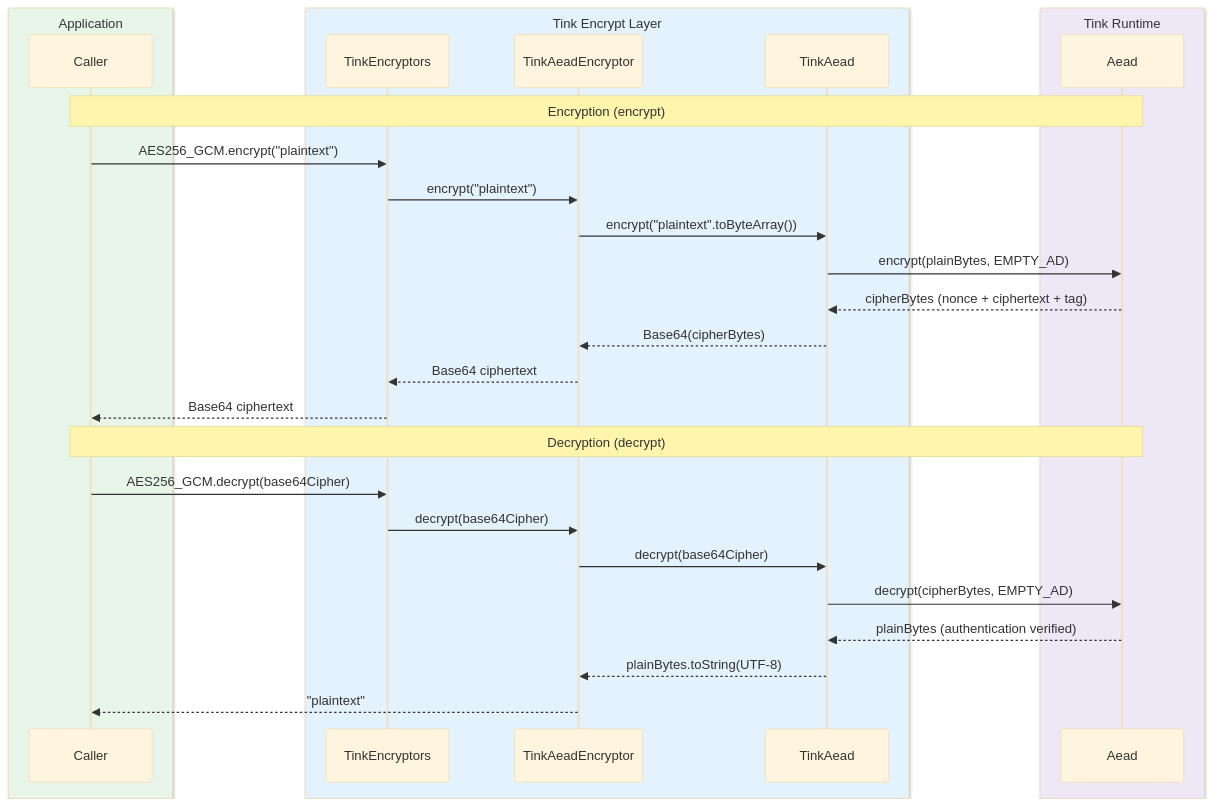
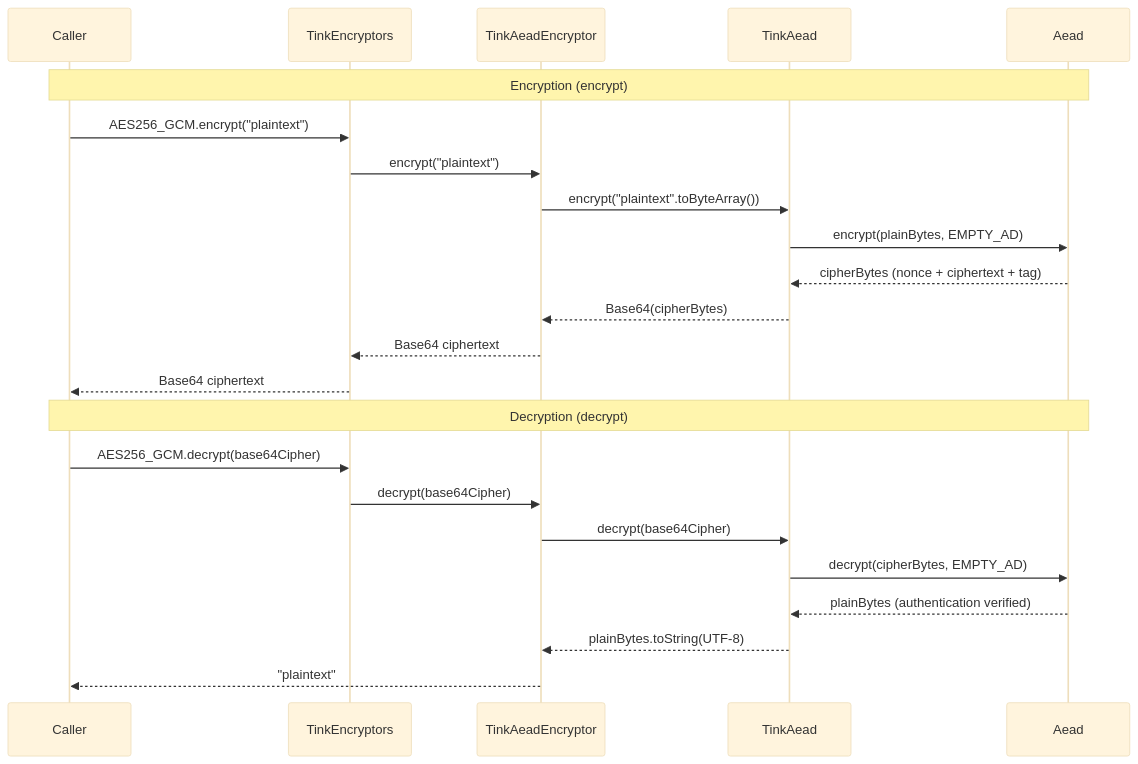
One commit to bluetape4k/bluetape4k-projects changed the second of 2 diagrams in io/tink/README.md. Above: the diagram before and after it, drawn with Mermaid (base theme). The commit also changed other lines of this file and 219 other files, not shown here.

First line of the commit message:
docs: 전체 README Mermaid 다이어그램 가이드 적용

````diff
--- a/io/tink/README.md
+++ b/io/tink/README.md
@@ -368,33 +368,27 @@
 ```mermaid
 sequenceDiagram
-    box rgb(232, 245, 233) Application
         participant Caller
-    end
-    box rgb(227, 242, 253) Tink Encrypt Layer
         participant TinkEncryptors
         participant TinkAeadEncryptor
         participant TinkAead
-    end
-    box rgb(237, 231, 246) Tink Runtime
         participant Aead
-    end
 
     Note over Caller,Aead: Encryption (encrypt)
     Caller->>TinkEncryptors: AES256_GCM.encrypt("plaintext")
     TinkEncryptors->>TinkAeadEncryptor: encrypt("plaintext")
     TinkAeadEncryptor->>TinkAead: encrypt("plaintext".toByteArray())
     TinkAead->>Aead: encrypt(plainBytes, EMPTY_AD)
     Aead-->>TinkAead: cipherBytes (nonce + ciphertext + tag)
     TinkAead-->>TinkAeadEncryptor: Base64(cipherBytes)
     TinkAeadEncryptor-->>TinkEncryptors: Base64 ciphertext
     TinkEncryptors-->>Caller: Base64 ciphertext
 
     Note over Caller,Aead: Decryption (decrypt)
     Caller->>TinkEncryptors: AES256_GCM.decrypt(base64Cipher)
     TinkEncryptors->>TinkAeadEncryptor: decrypt(base64Cipher)
     TinkAeadEncryptor->>TinkAead: decrypt(base64Cipher)
     TinkAead->>Aead: decrypt(cipherBytes, EMPTY_AD)
     Aead-->>TinkAead: plainBytes (authentication verified)
     TinkAead-->>TinkAeadEncryptor: plainBytes.toString(UTF-8)
     TinkAeadEncryptor-->>Caller: "plaintext"
 ```
````
